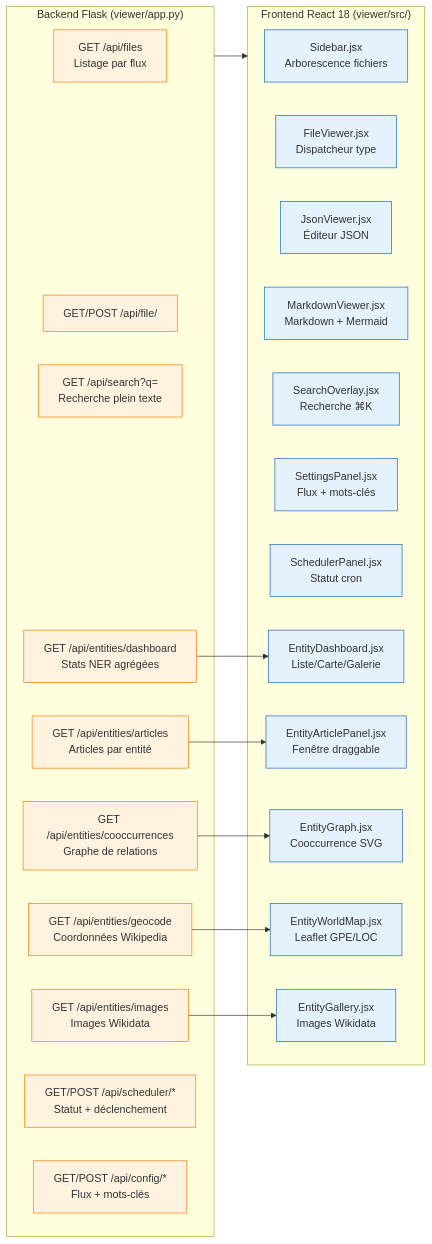
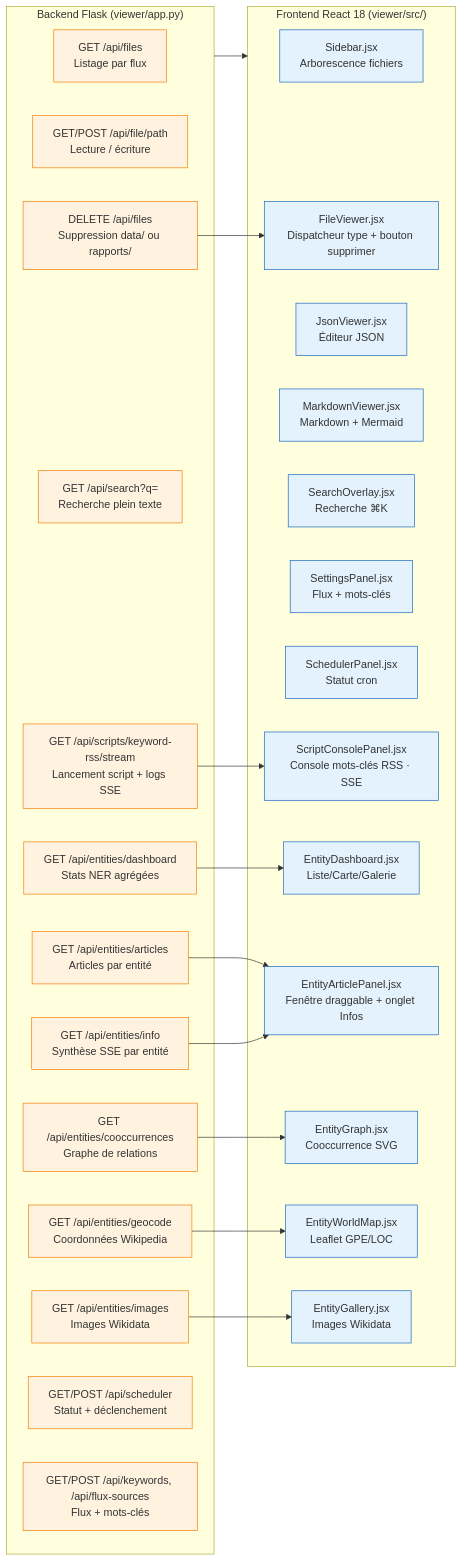
Before and after one commit to pat-the-geek/AnalyseActualites: the seventh of 11 diagrams in docs/ARCHITECTURE.md, drawn with Mermaid. The commit also changed other lines of this file and 10 other files, not shown here.

First line of the commit message:
feat: bouton RSS console, suppression fichier, use cases docs

````diff
--- a/docs/ARCHITECTURE.md
+++ b/docs/ARCHITECTURE.md
@@ -606,42 +606,49 @@
 ```mermaid
 flowchart LR
     subgraph BACKEND["Backend Flask (viewer/app.py)"]
         API_FILES["GET /api/files\nListage par flux"]
-        API_FILE["GET/POST /api/file/<path>\nLecture / écriture"]
+        API_FILE["GET/POST /api/file/path\nLecture / écriture"]
+        API_DEL["DELETE /api/files\nSuppression data/ ou rapports/"]
         API_SEARCH["GET /api/search?q=\nRecherche plein texte"]
         API_ENT["GET /api/entities/dashboard\nStats NER agrégées"]
         API_ENT_ART["GET /api/entities/articles\nArticles par entité"]
         API_GEO["GET /api/entities/geocode\nCoordonnées Wikipedia"]
         API_IMG["GET /api/entities/images\nImages Wikidata"]
         API_COOC["GET /api/entities/cooccurrences\nGraphe de relations"]
-        API_SCHED["GET/POST /api/scheduler/*\nStatut + déclenchement"]
-        API_CFG["GET/POST /api/config/*\nFlux + mots-clés"]
+        API_INFO["GET /api/entities/info\nSynthèse SSE par entité"]
+        API_SCRIPT["GET /api/scripts/keyword-rss/stream\nLancement script + logs SSE"]
+        API_SCHED["GET/POST /api/scheduler\nStatut + déclenchement"]
+        API_CFG["GET/POST /api/keywords, /api/flux-sources\nFlux + mots-clés"]
     end
 
     subgraph FRONTEND["Frontend React 18 (viewer/src/)"]
         SIDEBAR["Sidebar.jsx\nArborescence fichiers"]
-        FILEVIEW["FileViewer.jsx\nDispatcheur type"]
+        FILEVIEW["FileViewer.jsx\nDispatcheur type + bouton supprimer"]
         JSONVIEW["JsonViewer.jsx\nÉditeur JSON"]
         MDVIEW["MarkdownViewer.jsx\nMarkdown + Mermaid"]
         SEARCH_OV["SearchOverlay.jsx\nRecherche ⌘K"]
         SETTINGS["SettingsPanel.jsx\nFlux + mots-clés"]
         SCHEDPAN["SchedulerPanel.jsx\nStatut cron"]
+        SCRIPT_CON["ScriptConsolePanel.jsx\nConsole mots-clés RSS · SSE"]
         E_DASH["EntityDashboard.jsx\nListe/Carte/Galerie"]
-        E_PANEL["EntityArticlePanel.jsx\nFenêtre draggable"]
+        E_PANEL["EntityArticlePanel.jsx\nFenêtre draggable + onglet Infos"]
         E_GRAPH["EntityGraph.jsx\nCooccurrence SVG"]
         E_MAP["EntityWorldMap.jsx\nLeaflet GPE/LOC"]
         E_GALL["EntityGallery.jsx\nImages Wikidata"]
     end
 
     BACKEND --> FRONTEND
     API_ENT --> E_DASH
     API_ENT_ART --> E_PANEL
+    API_INFO --> E_PANEL
     API_COOC --> E_GRAPH
     API_GEO --> E_MAP
     API_IMG --> E_GALL
+    API_DEL --> FILEVIEW
+    API_SCRIPT --> SCRIPT_CON
 
     classDef be fill:#fff3e0,stroke:#f57c00,stroke-width:1px
     classDef fe fill:#e3f2fd,stroke:#1565c0,stroke-width:1px
-    class API_FILES,API_FILE,API_SEARCH,API_ENT,API_ENT_ART,API_GEO,API_IMG,API_COOC,API_SCHED,API_CFG be
-    class SIDEBAR,FILEVIEW,JSONVIEW,MDVIEW,SEARCH_OV,SETTINGS,SCHEDPAN,E_DASH,E_PANEL,E_GRAPH,E_MAP,E_GALL fe
+    class API_FILES,API_FILE,API_DEL,API_SEARCH,API_ENT,API_ENT_ART,API_GEO,API_IMG,API_COOC,API_INFO,API_SCRIPT,API_SCHED,API_CFG be
+    class SIDEBAR,FILEVIEW,JSONVIEW,MDVIEW,SEARCH_OV,SETTINGS,SCHEDPAN,SCRIPT_CON,E_DASH,E_PANEL,E_GRAPH,E_MAP,E_GALL fe
 ```
````
